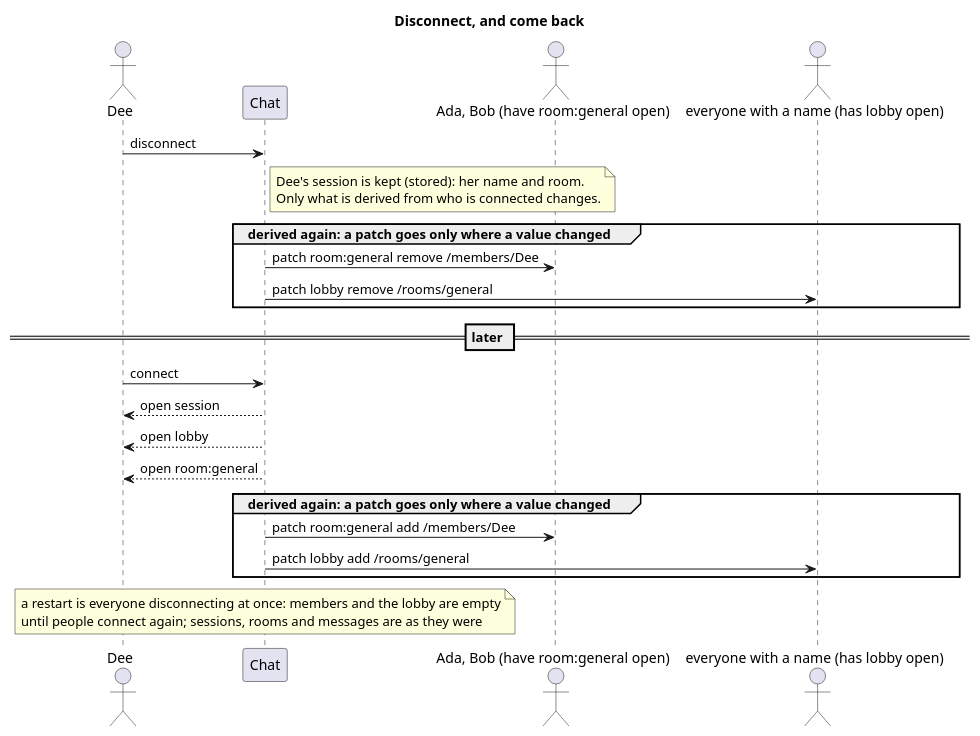
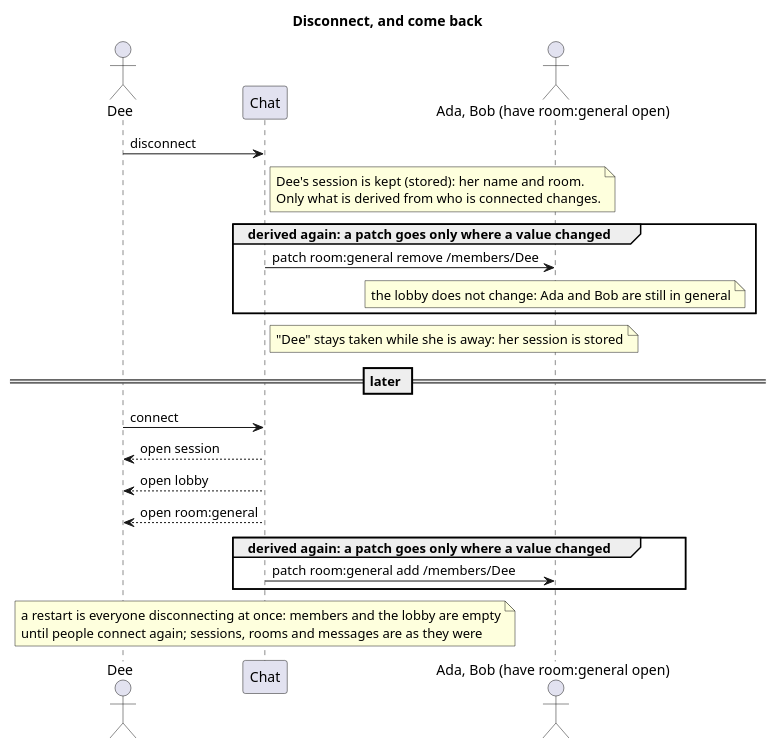
The diagram in uml/src/seq-disconnect.puml (blueshed/dzql), drawn with PlantUML before and after one commit. The commit also changed 6 other files, not shown here.

Commit message:
uml: the second review taken in -- each scenario draws only the derived patches that happen for its cast; names unique among stored sessions; logging out removes the session and a fresh nameless one opens

```diff
--- a/uml/src/seq-disconnect.puml
+++ b/uml/src/seq-disconnect.puml
@@ -1,24 +1,23 @@
 @startuml
 title Disconnect, and come back
 actor "Dee" as dee
 participant "Chat" as app
 actor "Ada, Bob (have room:general open)" as room
-actor "everyone with a name (has lobby open)" as lobby
 
 dee -> app : disconnect
 note right of app : Dee's session is kept (stored): her name and room.\nOnly what is derived from who is connected changes.
 group derived again: a patch goes only where a value changed
   app -> room : patch room:general remove /members/Dee
-  app -> lobby : patch lobby remove /rooms/general
+  note over room : the lobby does not change: Ada and Bob are still in general
 end
+note right of app : "Dee" stays taken while she is away: her session is stored
 == later ==
 dee -> app : connect
 app --> dee : open session
 app --> dee : open lobby
 app --> dee : open room:general
 group derived again: a patch goes only where a value changed
   app -> room : patch room:general add /members/Dee
-  app -> lobby : patch lobby add /rooms/general
 end
 note over app : a restart is everyone disconnecting at once: members and the lobby are empty\nuntil people connect again; sessions, rooms and messages are as they were
 @enduml
```
